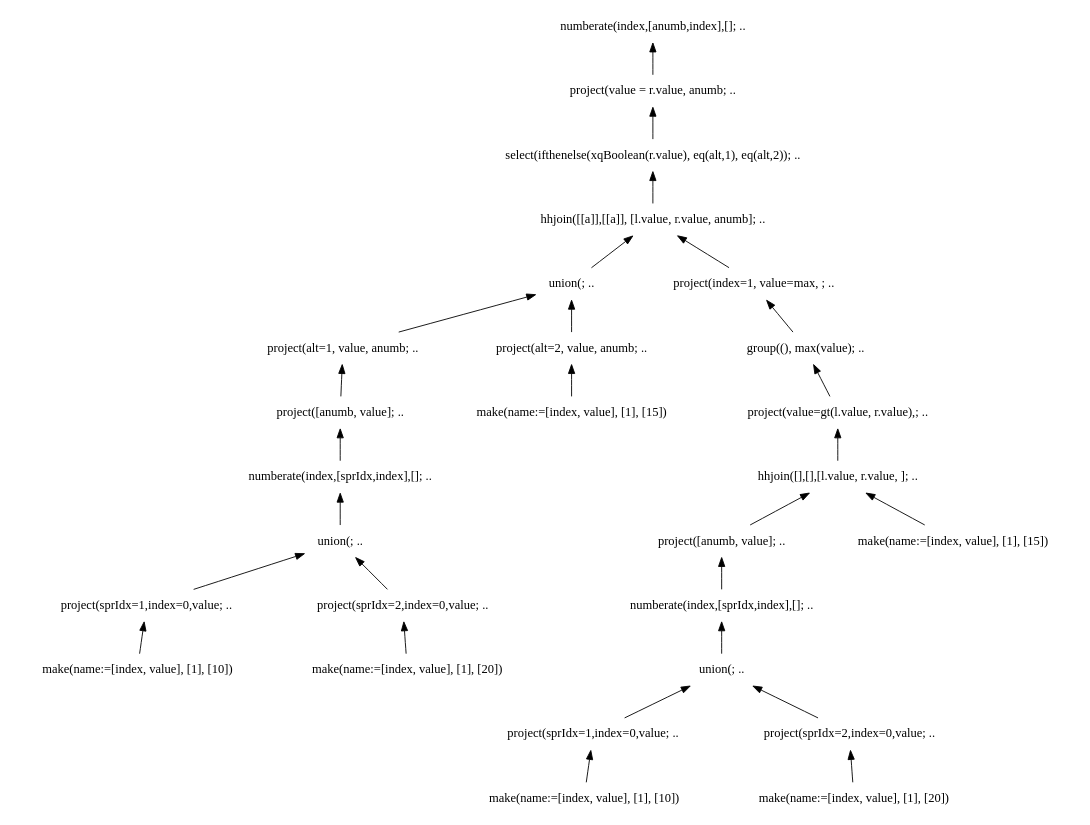
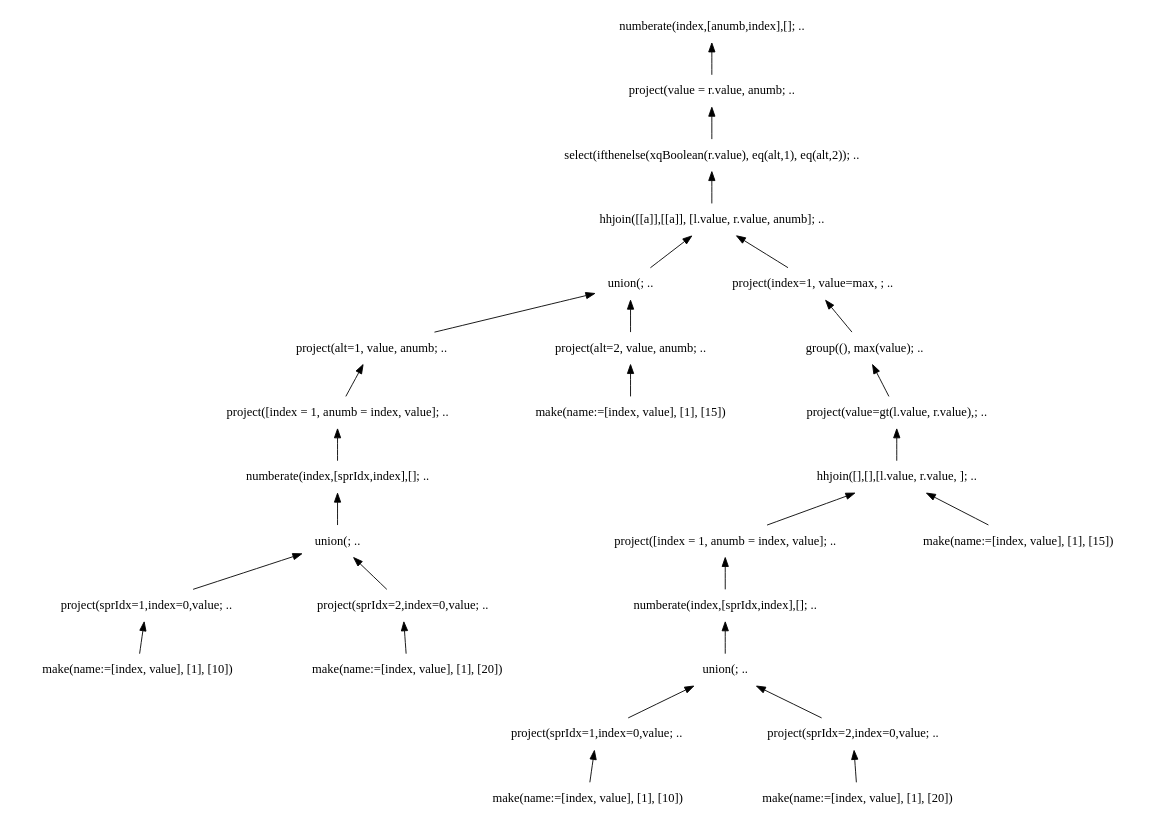
One commit to andrerav/xqft-parser changed the diagram in doc/img/graphs/td_impl_flwor_ifthenelse.xq_relalg.dot. Above: the diagram before and after it, drawn with Graphviz. The commit also changed 5 other files, not shown here.

```diff
--- a/doc/img/graphs/td_impl_flwor_ifthenelse.xq_relalg.dot
+++ b/doc/img/graphs/td_impl_flwor_ifthenelse.xq_relalg.dot
@@ -1,58 +1,58 @@
 digraph AST {
 edge [color=black, dir=both, weight=1, fontcolor=black, arrowhead=none, arrowtail=normal]
 node [shape=plaintext]
   numberate1 -> project2
     project2 -> select3
       select3 -> hhjoin4
         hhjoin4 -> union5
           union5 -> project6
             project6 -> project7
               project7 -> numberate8
                 numberate8 -> union9
                   union9 -> project10
                     project10 -> make11
 make11 [label="make(name:=[index, value], [1], [10])"]
 project10 [label="project(sprIdx=1,index=0,value; .."]
                     union9 -> project12
                       project12 -> make13
 make13 [label="make(name:=[index, value], [1], [20])"]
 project12 [label="project(sprIdx=2,index=0,value; .."]
 union9 [label="union(; .."]
 numberate8 [label="numberate(index,[sprIdx,index],[]; .."]
-project7 [label="project([anumb, value]; .."]
+project7 [label="project([index = 1, anumb = index, value]; .."]
 project6 [label="project(alt=1, value, anumb; .."]
             union5 -> project14
               project14 -> make15
 make15 [label="make(name:=[index, value], [1], [15])"]
 project14 [label="project(alt=2, value, anumb; .."]
 union5 [label="union(; .."]
           hhjoin4 -> project16
             project16 -> group17
               group17 -> project18
                 project18 -> hhjoin19
                   hhjoin19 -> project20
                     project20 -> numberate21
                       numberate21 -> union22
                         union22 -> project23
                           project23 -> make24
 make24 [label="make(name:=[index, value], [1], [10])"]
 project23 [label="project(sprIdx=1,index=0,value; .."]
                           union22 -> project25
                             project25 -> make26
 make26 [label="make(name:=[index, value], [1], [20])"]
 project25 [label="project(sprIdx=2,index=0,value; .."]
 union22 [label="union(; .."]
 numberate21 [label="numberate(index,[sprIdx,index],[]; .."]
-project20 [label="project([anumb, value]; .."]
+project20 [label="project([index = 1, anumb = index, value]; .."]
                     hhjoin19 -> make27
 make27 [label="make(name:=[index, value], [1], [15])"]
 hhjoin19 [label="hhjoin([],[],[l.value, r.value, ]; .."]
 project18 [label="project(value=gt(l.value, r.value),; .."]
 group17 [label="group((), max(value); .."]
 project16 [label="project(index=1, value=max, ; .."]
 hhjoin4 [label="hhjoin([[a]],[[a]], [l.value, r.value, anumb]; .."]
 select3 [label="select(ifthenelse(xqBoolean(r.value), eq(alt,1), eq(alt,2)); .."]
 project2 [label="project(value = r.value, anumb; .."]
 numberate1 [label="numberate(index,[anumb,index],[]; .."]
 
 }
```
